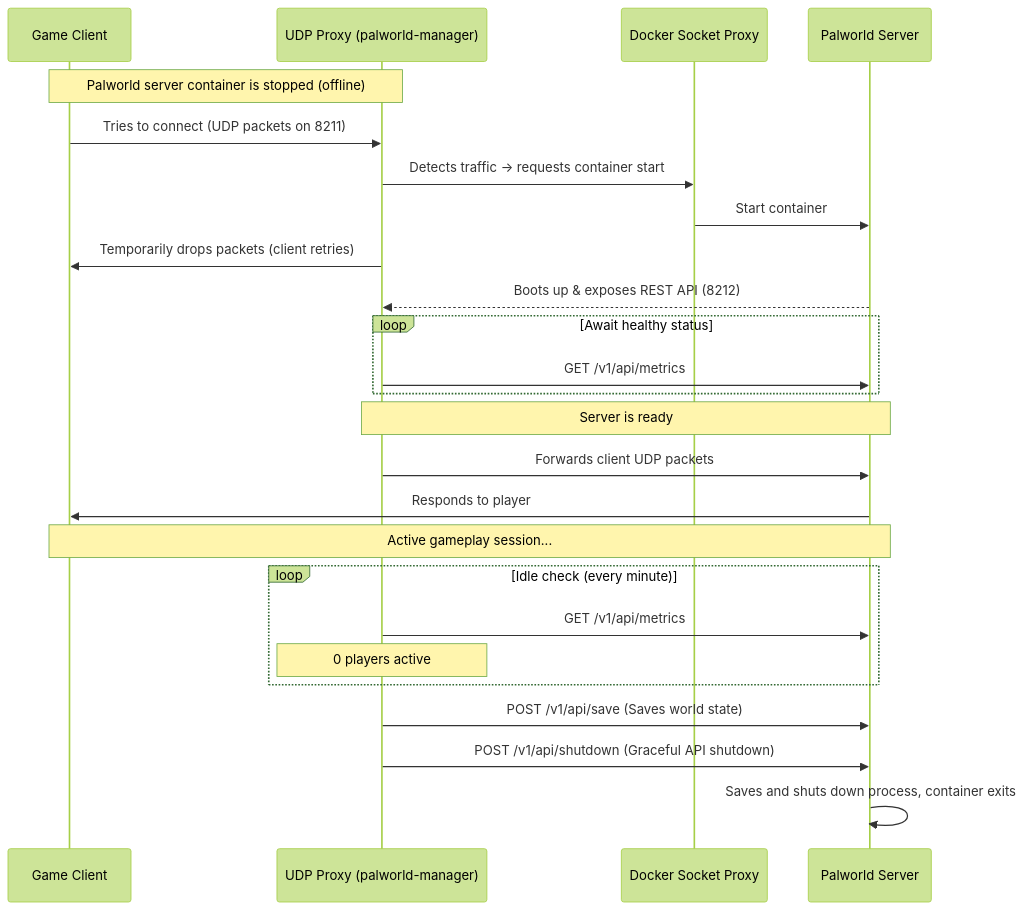
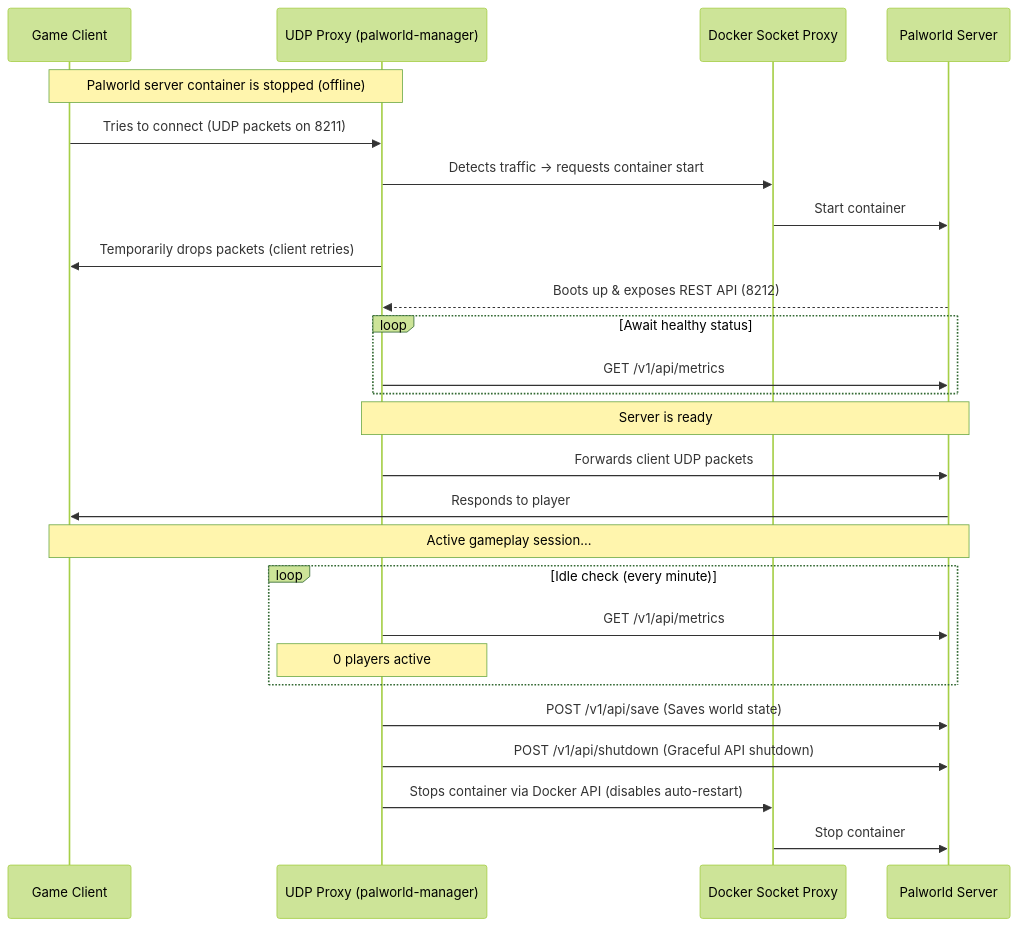
The diagram in README.md (NicoSky13/palworld-auto-shutdown), drawn with Mermaid (forest theme) before and after one commit. The commit also changed 1 other file, not shown here.

Commit message:
fix: force stop container via docker to prevent automatic restart

````diff
--- a/README.md
+++ b/README.md
@@ -25,32 +25,33 @@
 ```mermaid
 sequenceDiagram
     participant Player as Game Client
     participant Proxy as UDP Proxy (palworld-manager)
     participant SocketProxy as Docker Socket Proxy
     participant Server as Palworld Server
 
     Note over Player,Proxy: Palworld server container is stopped (offline)
     Player->>Proxy: Tries to connect (UDP packets on 8211)
     Proxy->>SocketProxy: Detects traffic -> requests container start
     SocketProxy->>Server: Start container
     Proxy->>Player: Temporarily drops packets (client retries)
     Server-->>Proxy: Boots up & exposes REST API (8212)
     
     Loop Await healthy status
         Proxy->>Server: GET /v1/api/metrics
     End
     
     Note over Proxy,Server: Server is ready
     Proxy->>Server: Forwards client UDP packets
     Server->>Player: Responds to player
     Note over Player,Server: Active gameplay session...
 
     Loop Idle check (every minute)
         Proxy->>Server: GET /v1/api/metrics
         Note over Proxy: 0 players active
     End
 
     Proxy->>Server: POST /v1/api/save (Saves world state)
     Proxy->>Server: POST /v1/api/shutdown (Graceful API shutdown)
-    Server->>Server: Saves and shuts down process, container exits
+    Proxy->>SocketProxy: Stops container via Docker API (disables auto-restart)
+    SocketProxy->>Server: Stop container
 ```
````
